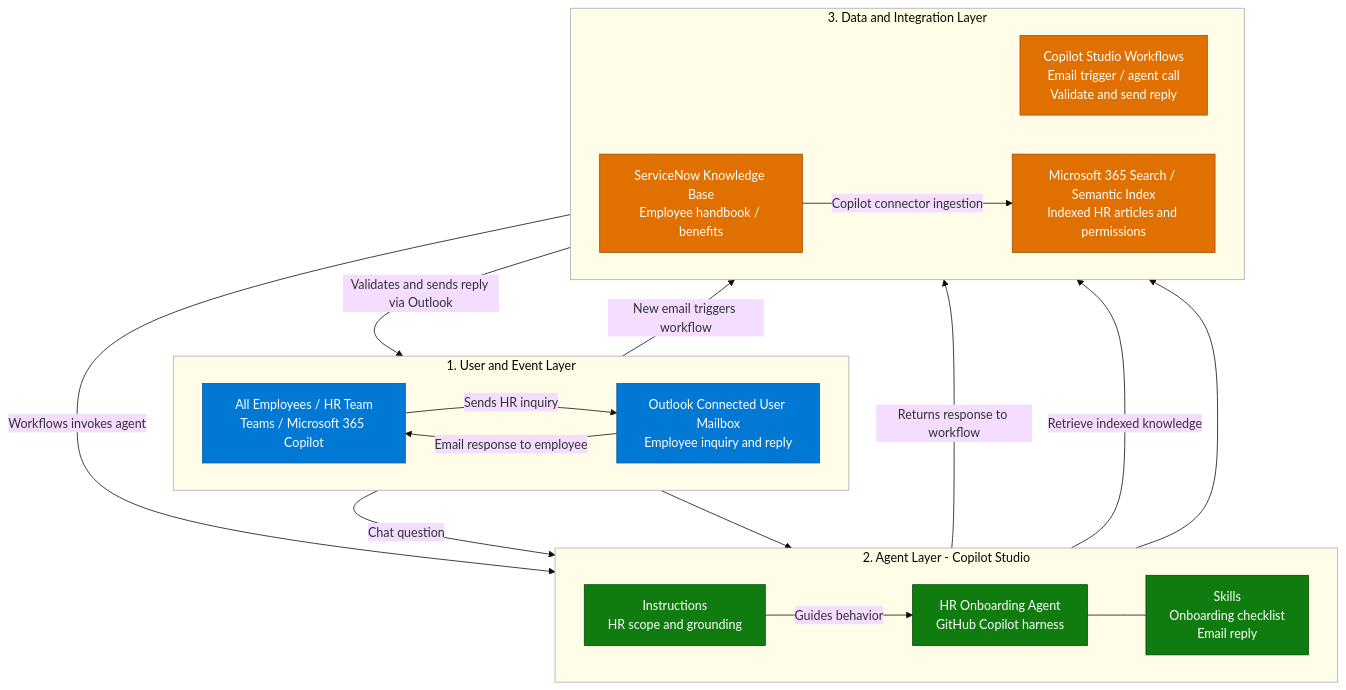
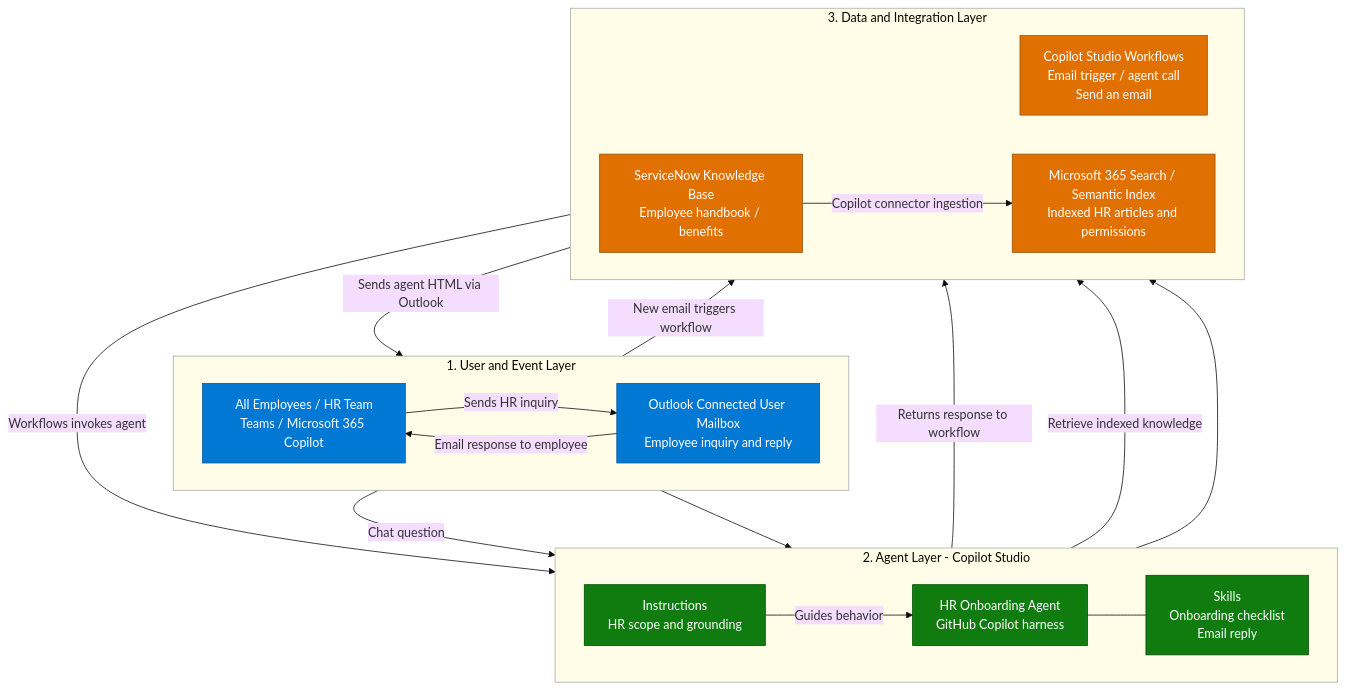
Before and after one commit to petepuu/ai-agent-runbooks: the first of 3 diagrams in 01-scenarios/HR-Onboarding-Agent-GHCP/2.Architecture.md, drawn with Mermaid (base theme). The commit also changed other lines of this file and 12 other files, not shown here.

````diff
--- a/01-scenarios/HR-Onboarding-Agent-GHCP/2.Architecture.md
+++ b/01-scenarios/HR-Onboarding-Agent-GHCP/2.Architecture.md
@@ -13,47 +13,47 @@
 ```mermaid
 flowchart TB
     subgraph USER["1. User and Event Layer"]
         direction LR
         U["All Employees / HR Team<br/>Teams / Microsoft 365 Copilot"]
         M["Outlook Connected User Mailbox<br/>Employee inquiry and reply"]
     end
     subgraph AGENT["2. Agent Layer - Copilot Studio"]
         direction LR
         I["Instructions<br/>HR scope and grounding"]
         A["HR Onboarding Agent<br/>GitHub Copilot harness"]
         S["Skills<br/>Onboarding checklist<br/>Email reply"]
     end
     subgraph DATA["3. Data and Integration Layer"]
         direction LR
-        W["Copilot Studio Workflows<br/>Email trigger / agent call<br/>Validate and send reply"]
+        W["Copilot Studio Workflows<br/>Email trigger / agent call<br/>Send an email"]
         K["Microsoft 365 Search / Semantic Index<br/>Indexed HR articles and permissions"]
         SN["ServiceNow Knowledge Base<br/>Employee handbook / benefits"]
     end
 
     USER --> AGENT
     AGENT --> DATA
 
     U -->|"Chat question"| A
     U -->|"Sends HR inquiry"| M
     M -->|"New email triggers workflow"| W
     W -->|"Workflows invokes agent"| A
     A -->|"Returns response to workflow"| W
-    W -->|"Validates and sends reply via Outlook"| M
+    W -->|"Sends agent HTML via Outlook"| M
     M -->|"Email response to employee"| U
     I -->|"Guides behavior"| A
     A --- S
     A -->|"Retrieve indexed knowledge"| K
     SN -->|"Copilot connector ingestion"| K
 
     style U fill:#0078D4,color:#fff,stroke:#005A9E
     style M fill:#0078D4,color:#fff,stroke:#005A9E
     style W fill:#E07000,color:#fff,stroke:#A05000
     style I fill:#107C10,color:#fff,stroke:#004B00
     style A fill:#107C10,color:#fff,stroke:#004B00
     style S fill:#107C10,color:#fff,stroke:#004B00
     style K fill:#E07000,color:#fff,stroke:#A05000
     style SN fill:#E07000,color:#fff,stroke:#A05000
     style USER fill:#fffde7,stroke:#aaa
     style AGENT fill:#fffde7,stroke:#aaa
     style DATA fill:#fffde7,stroke:#aaa
 ```
````
